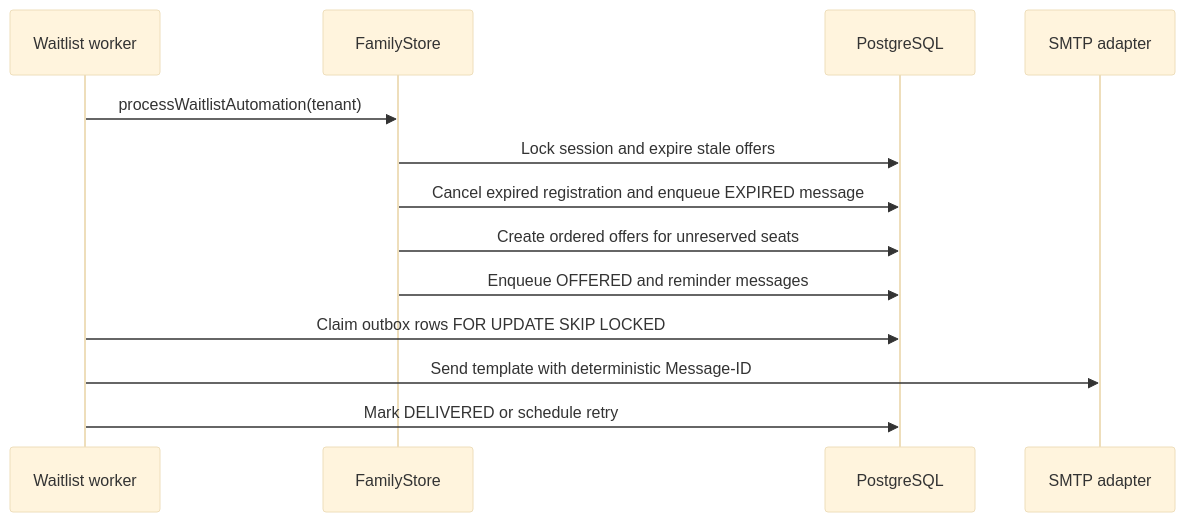
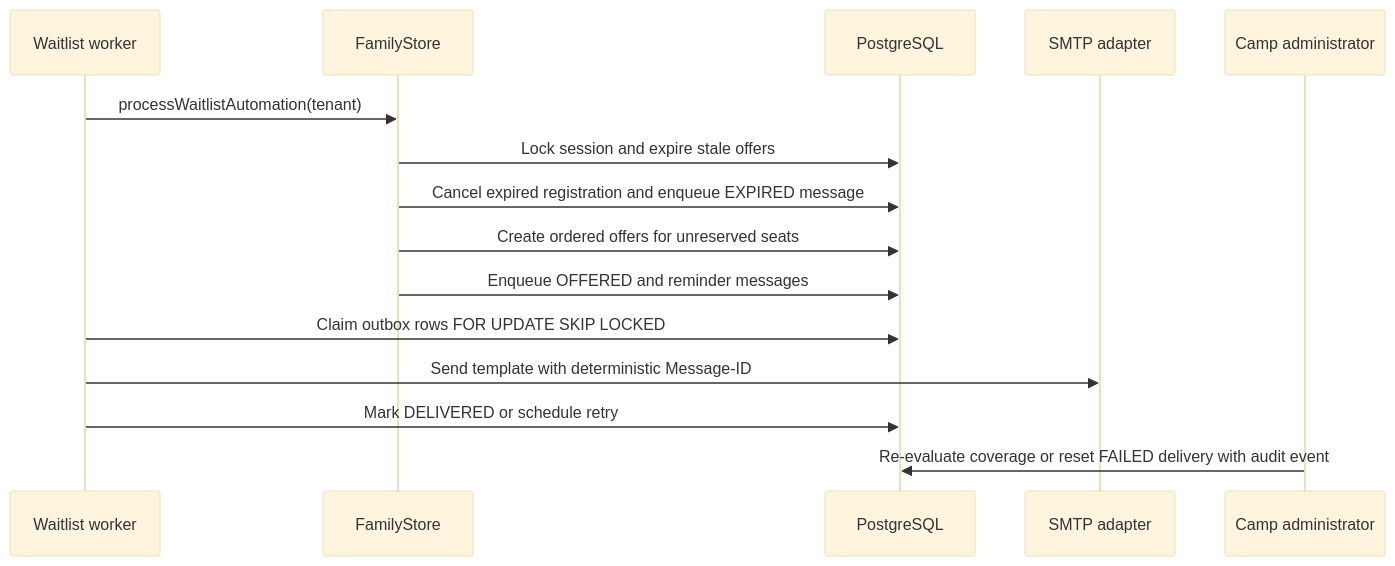
Before and after one commit to jrcarrera/camp-registration: diagram 13 of 14 in docs/data-flow-and-process-flows.md, drawn with Mermaid (base theme). The commit also changed other lines of this file and 18 other files, not shown here.

````diff
--- a/docs/data-flow-and-process-flows.md
+++ b/docs/data-flow-and-process-flows.md
@@ -717,16 +721,18 @@
 ```mermaid
 sequenceDiagram
     participant Worker as Waitlist worker
     participant Store as FamilyStore
     participant DB as PostgreSQL
     participant SMTP as SMTP adapter
+    participant Admin as Camp administrator
 
     Worker->>Store: processWaitlistAutomation(tenant)
     Store->>DB: Lock session and expire stale offers
     Store->>DB: Cancel expired registration and enqueue EXPIRED message
     Store->>DB: Create ordered offers for unreserved seats
     Store->>DB: Enqueue OFFERED and reminder messages
     Worker->>DB: Claim outbox rows FOR UPDATE SKIP LOCKED
     Worker->>SMTP: Send template with deterministic Message-ID
     Worker->>DB: Mark DELIVERED or schedule retry
+    Admin->>DB: Re-evaluate coverage or reset FAILED delivery with audit event
 ```
````
